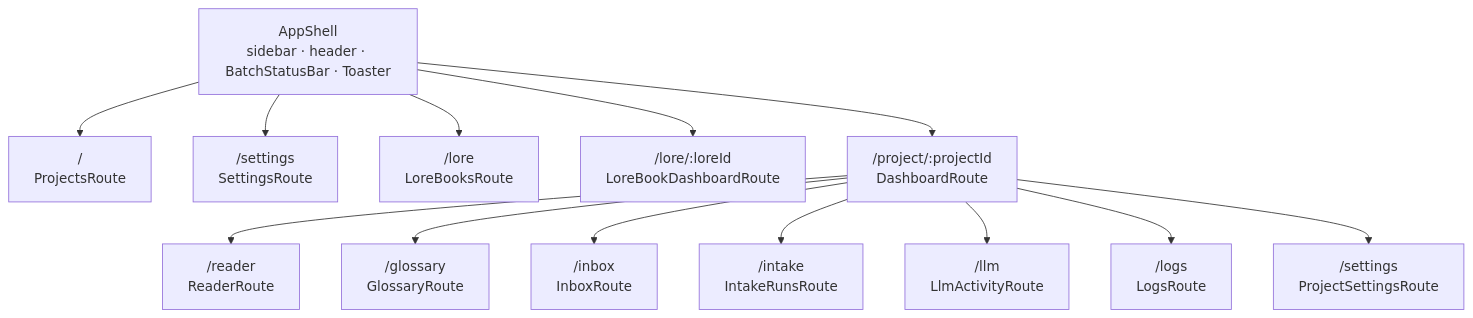
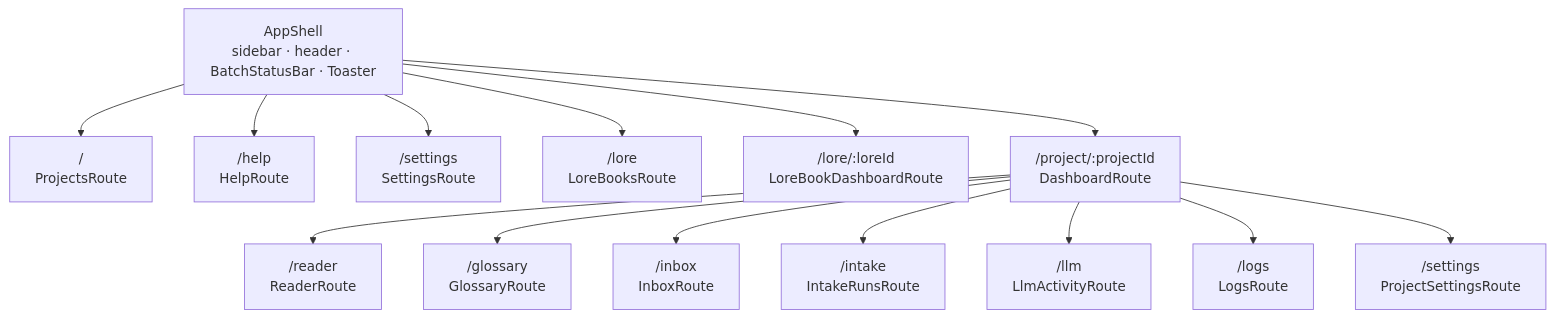
One commit to madpin/epublate-js changed the seventh of 8 diagrams in docs/ARCHITECTURE.md. Above: the diagram before and after it, drawn with Mermaid. The commit also changed other lines of this file and 15 other files, not shown here.

````diff
--- a/docs/ARCHITECTURE.md
+++ b/docs/ARCHITECTURE.md
@@ -735,16 +735,17 @@
 ```mermaid
 flowchart TB
   shell["AppShell<br/>sidebar · header · BatchStatusBar · Toaster"]
   shell --> root["/<br/>ProjectsRoute"]
+  shell --> help["/help<br/>HelpRoute"]
   shell --> settings["/settings<br/>SettingsRoute"]
   shell --> lore["/lore<br/>LoreBooksRoute"]
   shell --> loredash["/lore/:loreId<br/>LoreBookDashboardRoute"]
   shell --> proj["/project/:projectId<br/>DashboardRoute"]
   proj --> reader["/reader<br/>ReaderRoute"]
   proj --> glossary["/glossary<br/>GlossaryRoute"]
   proj --> inbox["/inbox<br/>InboxRoute"]
   proj --> intake["/intake<br/>IntakeRunsRoute"]
   proj --> llmact["/llm<br/>LlmActivityRoute"]
   proj --> logs["/logs<br/>LogsRoute"]
   proj --> psettings["/settings<br/>ProjectSettingsRoute"]
 ```
````
